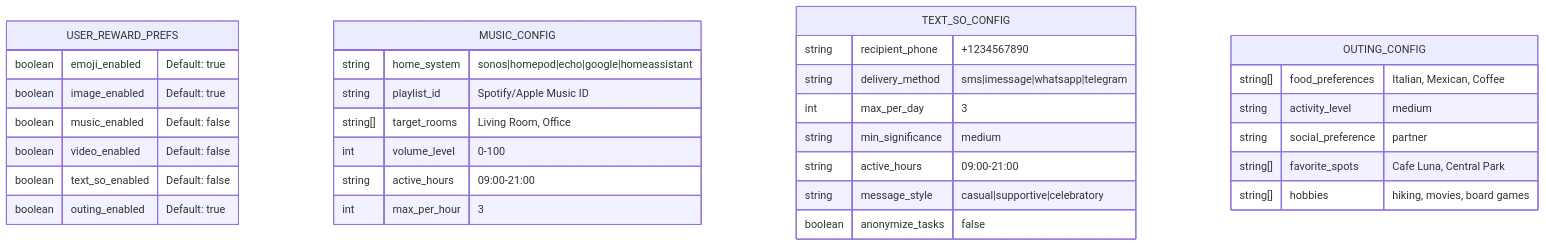
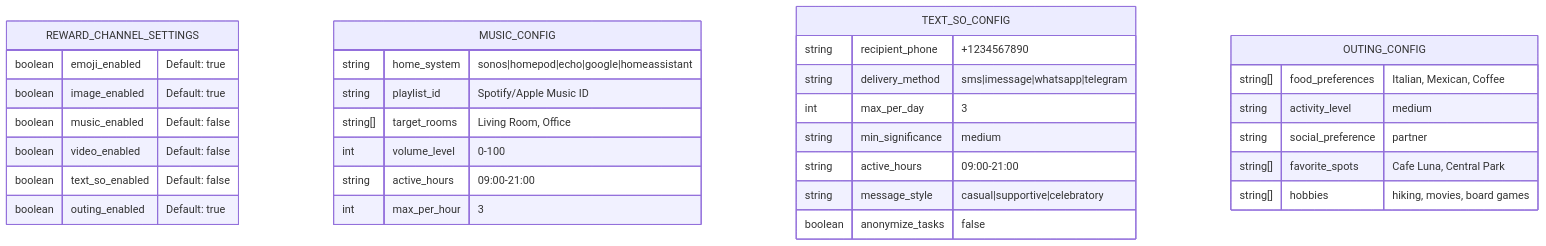
Diagram 15 of 18 in docs/reward-system.md (NickBorgersProbably/hide-my-list), drawn with Mermaid before and after one commit. The commit also changed other lines of this file and 2 other files, not shown here.

````diff
--- a/docs/reward-system.md
+++ b/docs/reward-system.md
@@ -782,38 +793,38 @@
 ```mermaid
 erDiagram
-    USER_REWARD_PREFS {
+    REWARD_CHANNEL_SETTINGS {
         boolean emoji_enabled "Default: true"
         boolean image_enabled "Default: true"
         boolean music_enabled "Default: false"
         boolean video_enabled "Default: false"
         boolean text_so_enabled "Default: false"
         boolean outing_enabled "Default: true"
     }
 
     MUSIC_CONFIG {
         string home_system "sonos|homepod|echo|google|homeassistant"
         string playlist_id "Spotify/Apple Music ID"
         string[] target_rooms "Living Room, Office"
         int volume_level "0-100"
         string active_hours "09:00-21:00"
         int max_per_hour "3"
     }
 
     TEXT_SO_CONFIG {
         string recipient_phone "+1234567890"
         string delivery_method "sms|imessage|whatsapp|telegram"
         int max_per_day "3"
         string min_significance "medium"
         string active_hours "09:00-21:00"
         string message_style "casual|supportive|celebratory"
         boolean anonymize_tasks "false"
     }
 
     OUTING_CONFIG {
         string[] food_preferences "Italian, Mexican, Coffee"
         string activity_level "medium"
         string social_preference "partner"
         string[] favorite_spots "Cafe Luna, Central Park"
         string[] hobbies "hiking, movies, board games"
     }
 ```
````
